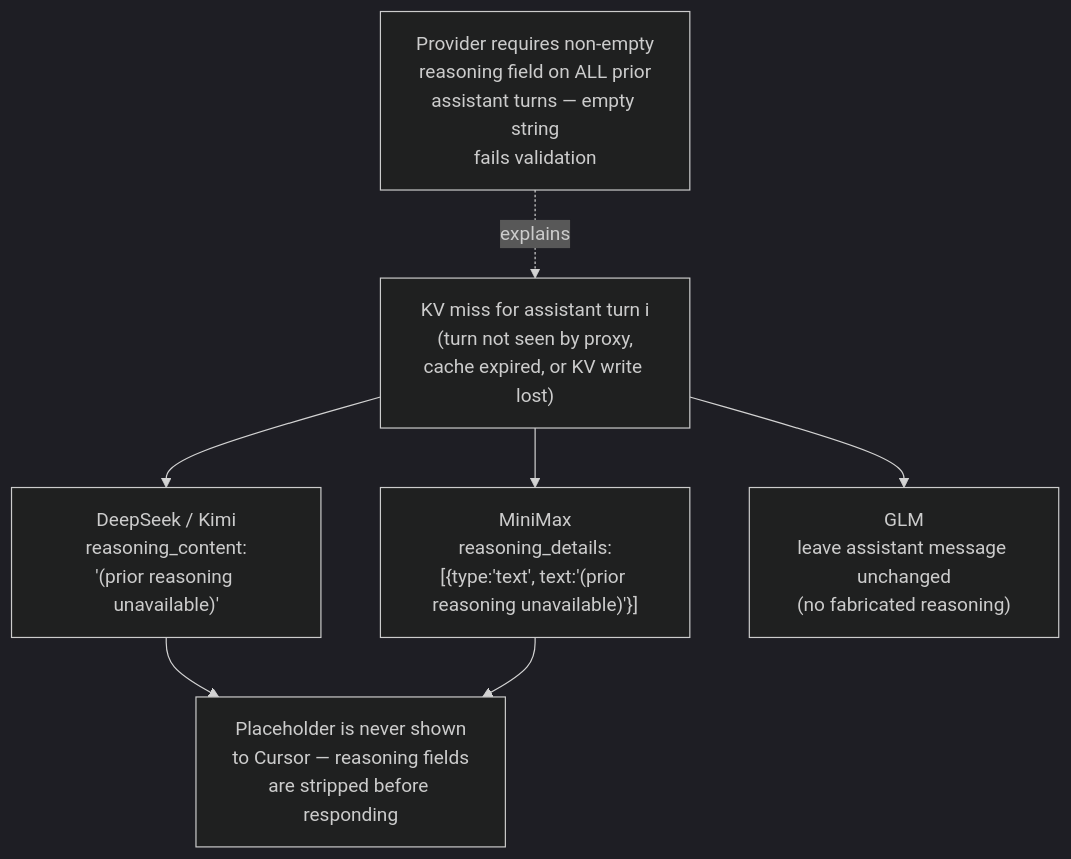
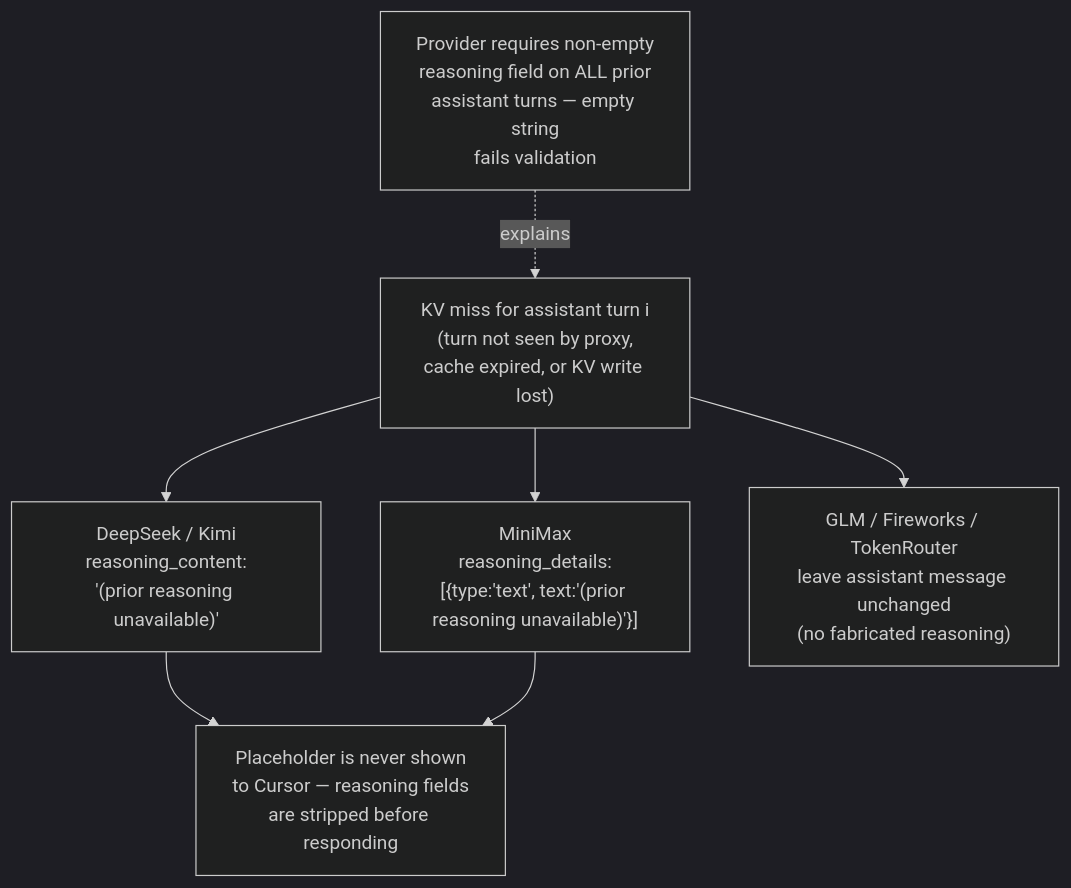
One commit to lqdflying/cursorProxy changed the fifth of 6 diagrams in doc/reasoning-bridge.md. Above: the diagram before and after it, drawn with Mermaid (dark theme). The commit also changed other lines of this file and 27 other files, not shown here.

First line of the commit message:
Add TokenRouter Chat Completions provider

````diff
--- a/doc/reasoning-bridge.md
+++ b/doc/reasoning-bridge.md
@@ -110,19 +110,19 @@
 ```mermaid
 flowchart TD
     MISS["KV miss for assistant turn i\n(turn not seen by proxy,\ncache expired, or KV write lost)"]
 
     DS_PH["DeepSeek / Kimi\nreasoning_content:\n'(prior reasoning unavailable)'"]
     MM_PH["MiniMax\nreasoning_details:\n[{type:'text', text:'(prior reasoning unavailable)'}]"]
-    GLM_MISS["GLM\nleave assistant message unchanged\n(no fabricated reasoning)"]
+    GLM_MISS["GLM / Fireworks / TokenRouter\nleave assistant message unchanged\n(no fabricated reasoning)"]
 
     WHY["Provider requires non-empty\nreasoning field on ALL prior\nassistant turns — empty string\nfails validation"]
 
     MISS --> DS_PH
     MISS --> MM_PH
     MISS --> GLM_MISS
     WHY -.->|explains| MISS
 
     NOTE["Placeholder is never shown\nto Cursor — reasoning fields\nare stripped before responding"]
     DS_PH --> NOTE
     MM_PH --> NOTE
 ```
````
